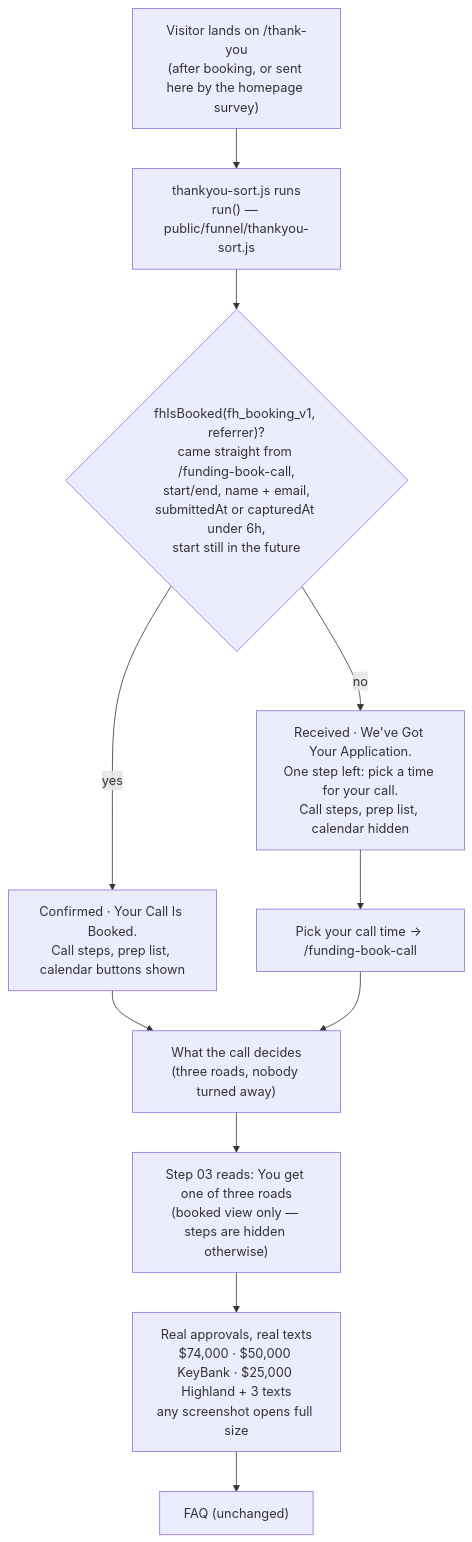
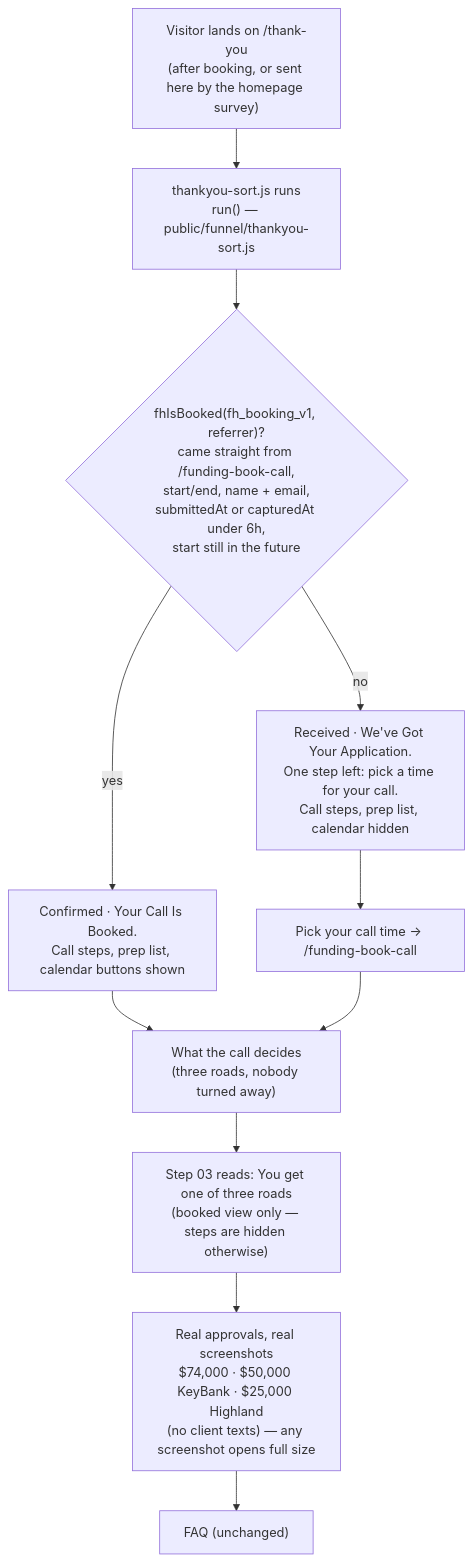
The second of 2 diagrams in docs/journeys/sorting-hat-pages-flow.md (ZootimusMaximusSupreme/Fundhub_ai), drawn with Mermaid before and after one commit. The commit also changed other lines of this file and 14 other files, not shown here.

First line of the commit message:
/watch organized: 16 approvals that slide as you scroll, video placeholders, roadmap margins and headline; no client texts.

````diff
--- a/docs/journeys/sorting-hat-pages-flow.md
+++ b/docs/journeys/sorting-hat-pages-flow.md
@@ -37,13 +42,13 @@
 ```mermaid
 flowchart TD
     A["Visitor lands on /thank-you<br/>(after booking, or sent here by the homepage survey)"] --> B["thankyou-sort.js runs<br/>run() — public/funnel/thankyou-sort.js"]
     B --> C{"fhIsBooked(fh_booking_v1, referrer)?<br/>came straight from /funding-book-call,<br/>start/end, name + email,<br/>submittedAt or capturedAt under 6h,<br/>start still in the future"}
     C -->|yes| D["Confirmed · Your Call Is Booked.<br/>Call steps, prep list, calendar buttons shown"]
     C -->|no| E["Received · We've Got Your Application.<br/>One step left: pick a time for your call.<br/>Call steps, prep list, calendar hidden"]
     E --> F["Pick your call time → /funding-book-call"]
     D --> G["What the call decides<br/>(three roads, nobody turned away)"]
     F --> G
     G --> H["Step 03 reads: You get one of three roads<br/>(booked view only — steps are hidden otherwise)"]
-    H --> I["Real approvals, real texts<br/>$74,000 · $50,000 KeyBank · $25,000 Highland + 3 texts<br/>any screenshot opens full size"]
+    H --> I["Real approvals, real screenshots<br/>$74,000 · $50,000 KeyBank · $25,000 Highland<br/>(no client texts) — any screenshot opens full size"]
     I --> J["FAQ (unchanged)"]
 ```
````
